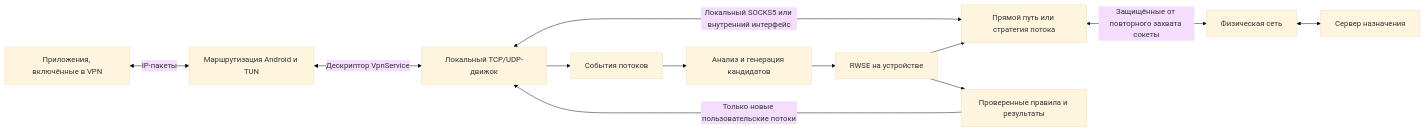
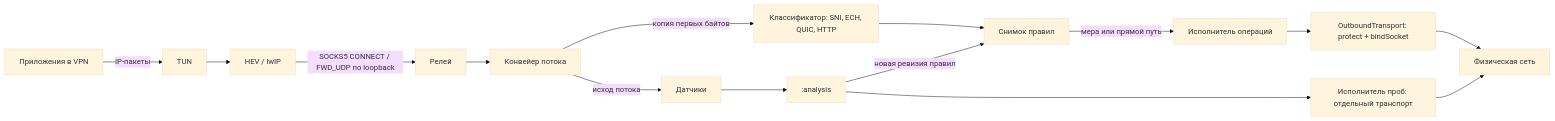
The diagram in docs/ARCHITECTURE.md (deadarhimag/adaptive-dpi-android), drawn with Mermaid (base theme) before and after one commit. The commit also changed other lines of this file and 21 other files, not shown here.

First line of the commit message:
docs: rebuild architecture around the DPI analysis engine

````diff
--- a/docs/ARCHITECTURE.md
+++ b/docs/ARCHITECTURE.md
@@ -57,14 +53,17 @@
 ```mermaid
 flowchart LR
-    A["Приложения, включённые в VPN"] <-->|"IP-пакеты"| B["Маршрутизация Android и TUN"]
-    B <-->|"Дескриптор VpnService"| C["Локальный TCP/UDP-движок"]
-    C <-->|"Локальный SOCKS5 или внутренний интерфейс"| D["Прямой путь или стратегия потока"]
-    D <-->|"Защищённые от повторного захвата сокеты"| E["Физическая сеть"]
-    E <--> F["Сервер назначения"]
-    C --> G["События потоков"]
-    G --> H["Анализ и генерация кандидатов"]
-    H --> I["RWSE на устройстве"]
-    I --> D
-    I --> J["Проверенные правила и результаты"]
-    J -->|"Только новые пользовательские потоки"| C
+    A["Приложения в VPN"] -->|"IP-пакеты"| T["TUN"]
+    T --> H["HEV / lwIP"]
+    H -->|"SOCKS5 CONNECT / FWD_UDP по loopback"| R["Релей"]
+    R --> P["Конвейер потока"]
+    P -->|"копия первых байтов"| C["Классификатор: SNI, ECH, QUIC, HTTP"]
+    C --> S["Снимок правил"]
+    S -->|"мера или прямой путь"| X["Исполнитель операций"]
+    X --> O["OutboundTransport: protect + bindSocket"]
+    O --> N["Физическая сеть"]
+    P -->|"исход потока"| D["Датчики"]
+    D --> E[":analysis"]
+    E -->|"новая ревизия правил"| S
+    E --> Q["Исполнитель проб: отдельный транспорт"]
+    Q --> N
 ```
````
